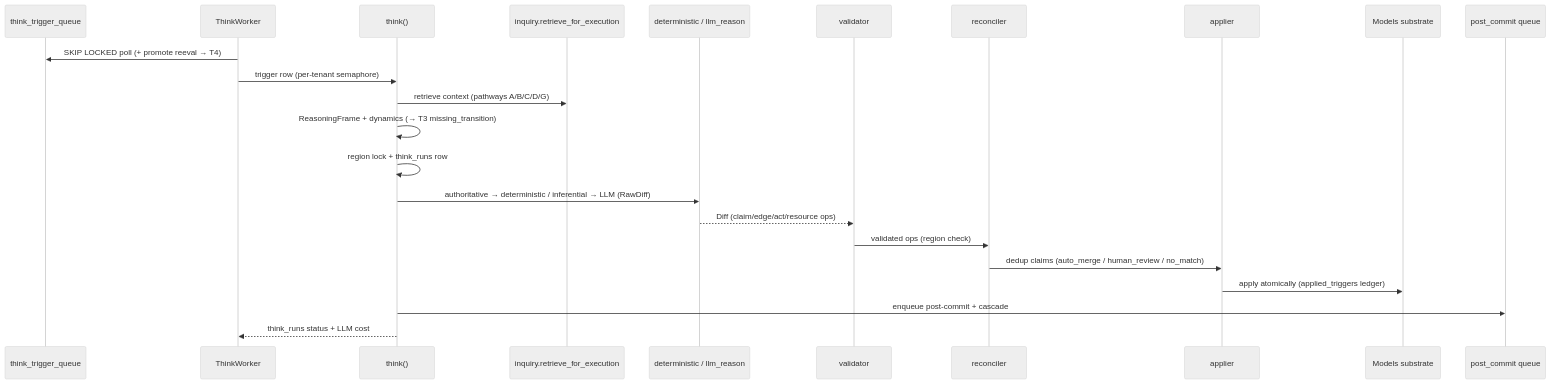
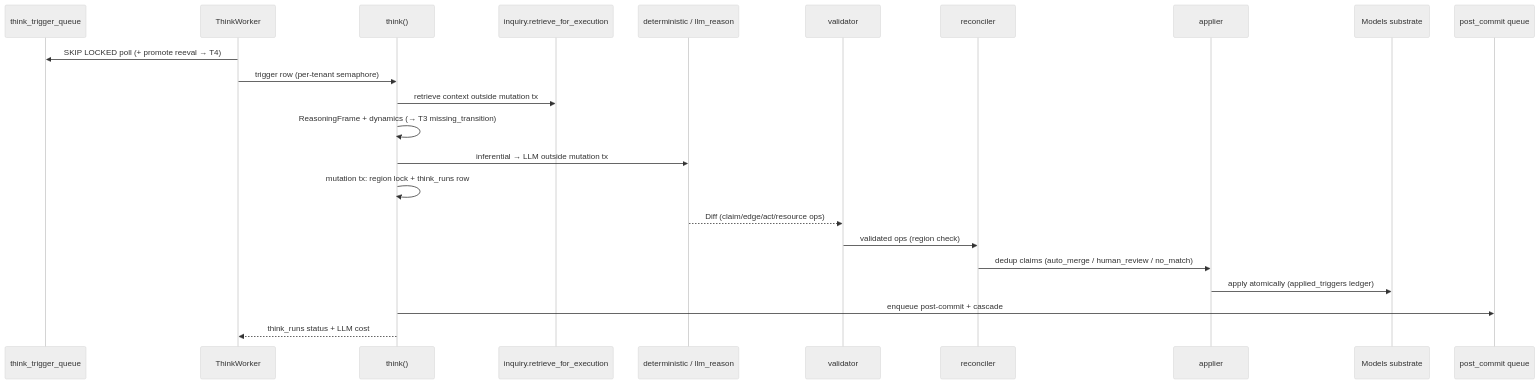
Before and after one commit to Fyralisinc/fyraliscore: the seventh of 13 diagrams in docs/reference/FYRALIS.md, drawn with Mermaid (neutral theme). The commit also changed other lines of this file and 11 other files, not shown here.

````diff
--- a/docs/reference/FYRALIS.md
+++ b/docs/reference/FYRALIS.md
@@ -660,26 +665,26 @@
 ```mermaid
 sequenceDiagram
     participant Q as think_trigger_queue
     participant W as ThinkWorker
     participant TH as think()
     participant INQ as inquiry.retrieve_for_execution
     participant RZ as deterministic / llm_reason
     participant V as validator
     participant RC as reconciler
     participant AP as applier
     participant S as Models substrate
     participant PCQ as post_commit queue
 
     W->>Q: SKIP LOCKED poll (+ promote reeval → T4)
     W->>TH: trigger row (per-tenant semaphore)
-    TH->>INQ: retrieve context (pathways A/B/C/D/G)
+    TH->>INQ: retrieve context outside mutation tx
     TH->>TH: ReasoningFrame + dynamics (→ T3 missing_transition)
-    TH->>TH: region lock + think_runs row
-    TH->>RZ: authoritative → deterministic / inferential → LLM (RawDiff)
+    TH->>RZ: inferential → LLM outside mutation tx
+    TH->>TH: mutation tx: region lock + think_runs row
     RZ-->>V: Diff (claim/edge/act/resource ops)
     V->>RC: validated ops (region check)
     RC->>AP: dedup claims (auto_merge / human_review / no_match)
     AP->>S: apply atomically (applied_triggers ledger)
     TH->>PCQ: enqueue post-commit + cascade
     TH-->>W: think_runs status + LLM cost
 ```
````
